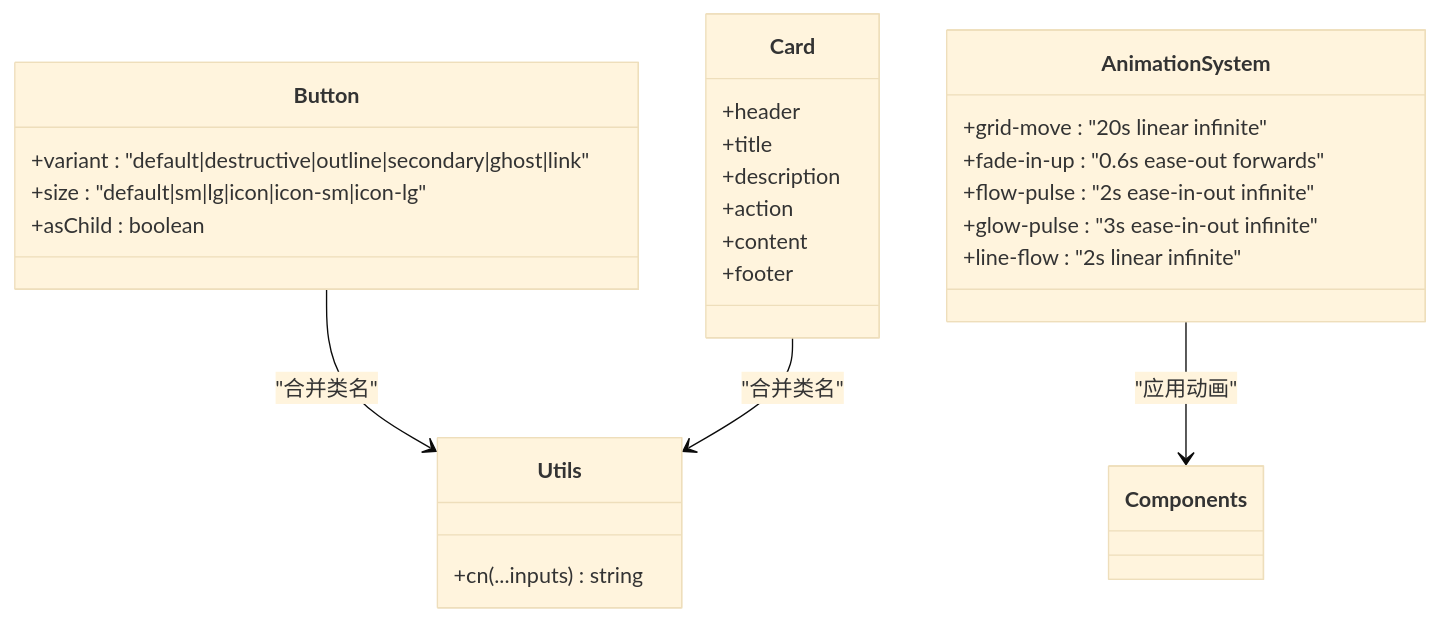
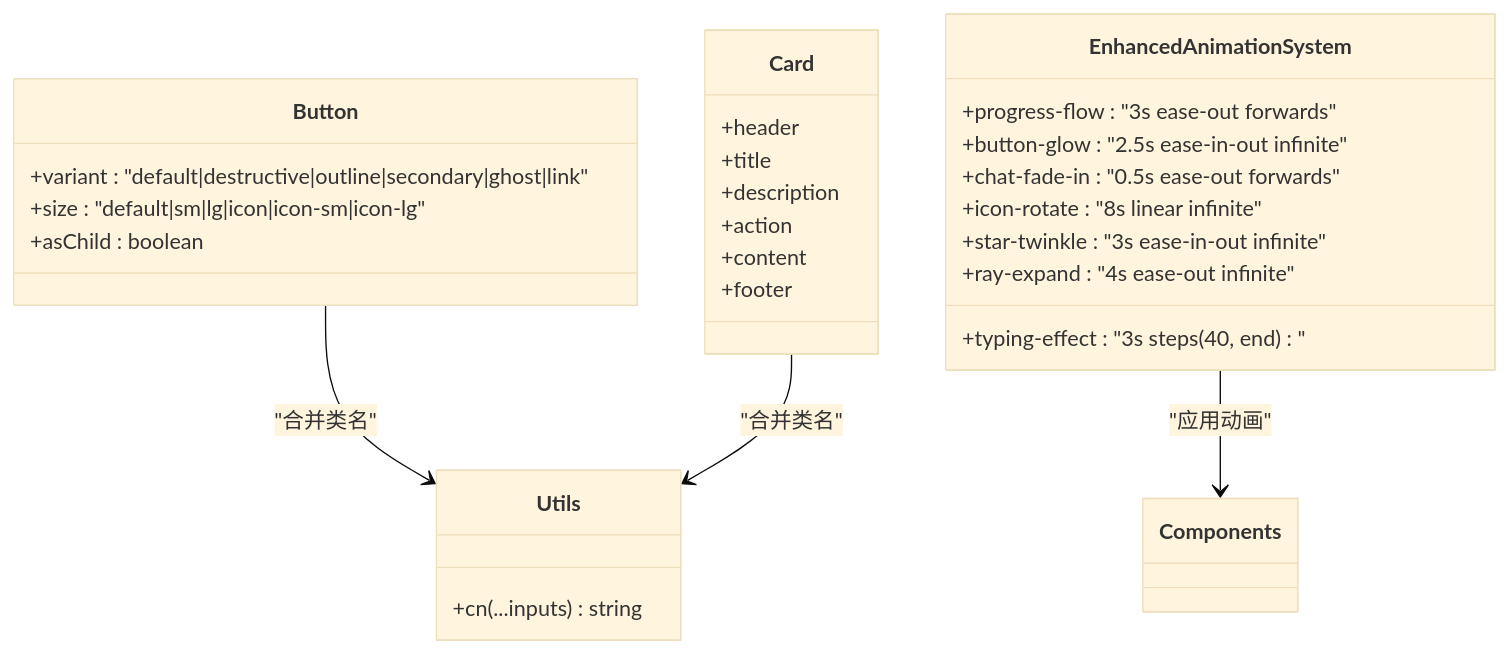
One commit to Primoguo/naolizhi.cn changed the third of 4 diagrams in .qoder/repowiki/zh/content/样式系统.md. Above: the diagram before and after it, drawn with Mermaid (base theme). The commit also changed other lines of this file and 23 other files, not shown here.

````diff
--- a/.qoder/repowiki/zh/content/样式系统.md
+++ b/.qoder/repowiki/zh/content/样式系统.md
@@ -295,29 +312,31 @@
 ```mermaid
 classDiagram
 class Button {
 +variant : "default|destructive|outline|secondary|ghost|link"
 +size : "default|sm|lg|icon|icon-sm|icon-lg"
 +asChild : boolean
 }
 class Card {
 +header
 +title
 +description
 +action
 +content
 +footer
 }
 class Utils {
 +cn(...inputs) string
 }
-class AnimationSystem {
-+grid-move : "20s linear infinite"
-+fade-in-up : "0.6s ease-out forwards"
-+flow-pulse : "2s ease-in-out infinite"
-+glow-pulse : "3s ease-in-out infinite"
-+line-flow : "2s linear infinite"
+class EnhancedAnimationSystem {
++progress-flow : "3s ease-out forwards"
++button-glow : "2.5s ease-in-out infinite"
++chat-fade-in : "0.5s ease-out forwards"
++typing-effect : "3s steps(40, end)"
++icon-rotate : "8s linear infinite"
++star-twinkle : "3s ease-in-out infinite"
++ray-expand : "4s ease-out infinite"
 }
 Button --> Utils : "合并类名"
 Card --> Utils : "合并类名"
-AnimationSystem --> Components : "应用动画"
+EnhancedAnimationSystem --> Components : "应用动画"
 ```
````
